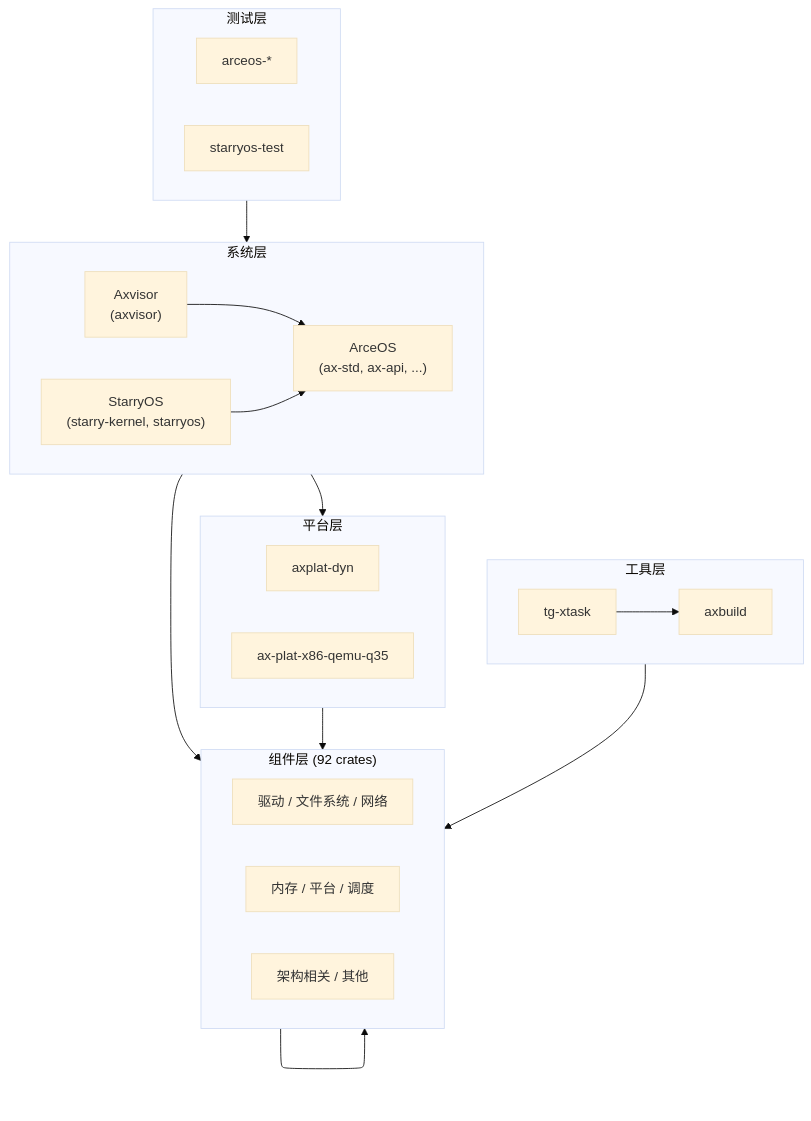
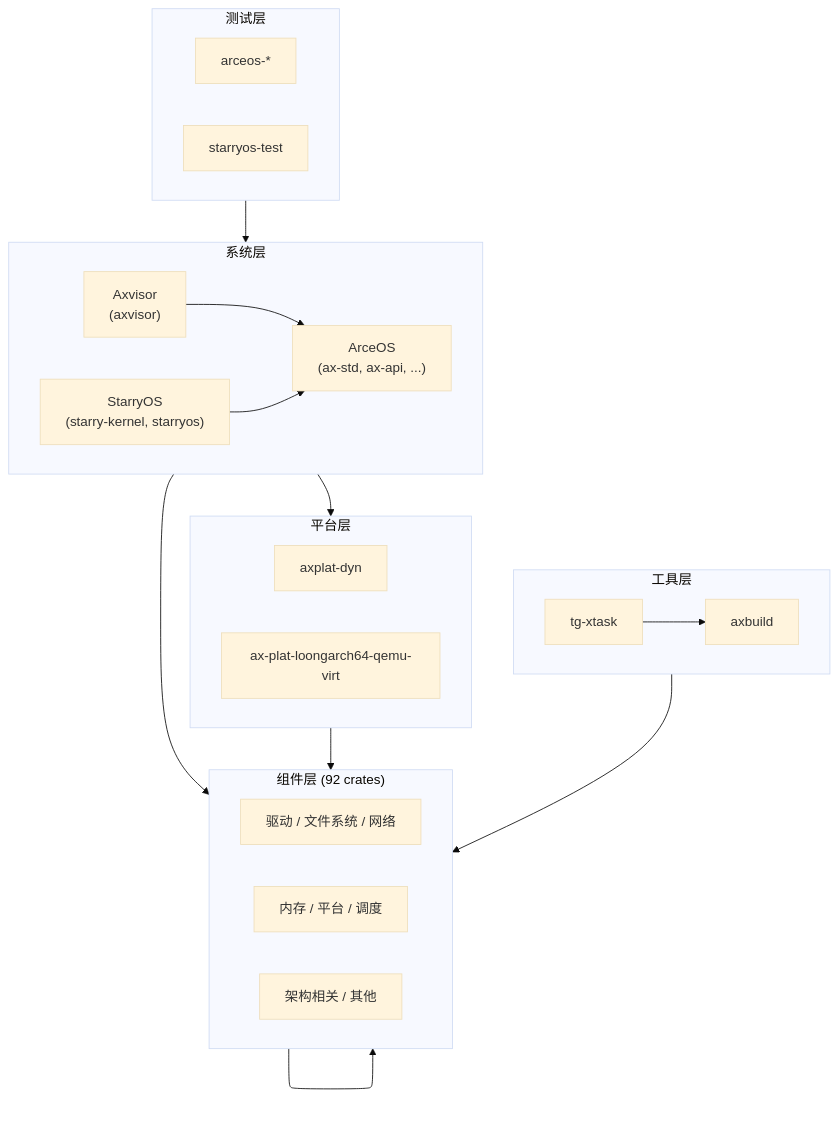
One commit to rcore-os/tgoskits changed the diagram in docs/docs/components/overview.md. Above: the diagram before and after it, drawn with Mermaid (base theme). The commit also changed other lines of this file and 93 other files, not shown here.

````diff
--- a/docs/docs/components/overview.md
+++ b/docs/docs/components/overview.md
@@ -26,40 +26,40 @@
 ```mermaid
 flowchart TB
     subgraph sg_test["测试层"]
         direction LR
         t1["arceos-*"]
         t2["starryos-test"]
     end
     subgraph sg_os["系统层"]
         direction LR
         s1["ArceOS\n(ax-std, ax-api, ...)"]
         s2["StarryOS\n(starry-kernel, starryos)"]
         s3["Axvisor\n(axvisor)"]
     end
     subgraph sg_tool["工具层"]
         direction LR
         tl1["axbuild"]
         tl2["tg-xtask"]
     end
     subgraph sg_plat["平台层"]
         direction LR
         p1["axplat-dyn"]
-        p2["ax-plat-x86-qemu-q35"]
+        p2["ax-plat-loongarch64-qemu-virt"]
     end
     subgraph sg_comp["组件层 (92 crates)"]
         direction LR
         c1["驱动 / 文件系统 / 网络"]
         c2["内存 / 平台 / 调度"]
         c3["架构相关 / 其他"]
     end
 
     sg_test --> sg_os
     s3 --> s1
     s2 --> s1
     sg_os --> sg_plat
     sg_os --> sg_comp
     sg_plat --> sg_comp
     tl2 --> tl1
     tl1 --> sg_comp
     sg_comp --> sg_comp
 ```
````
